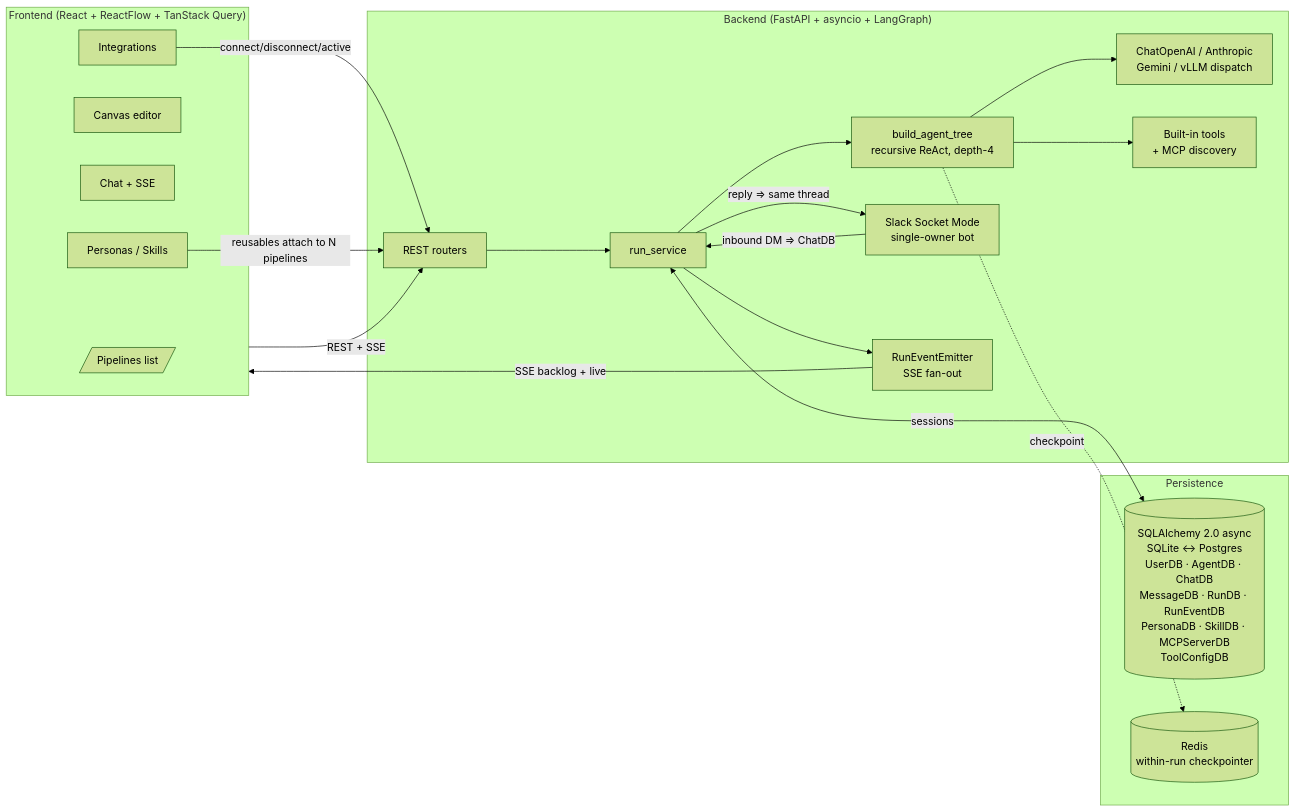
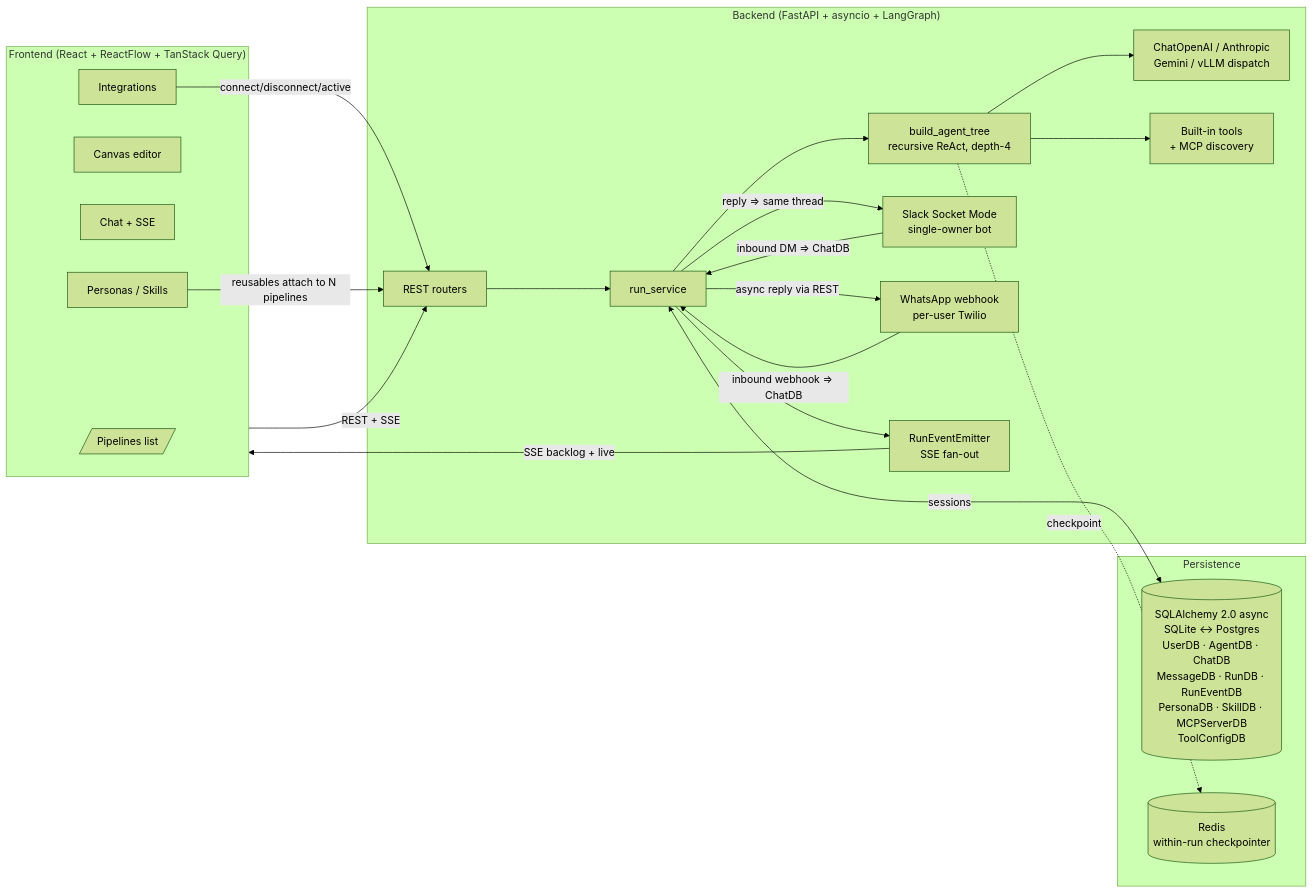
The first of 2 diagrams in README.md (deshwalmahesh/open-agent-orchestrator), drawn with Mermaid (forest theme) before and after one commit. The commit also changed other lines of this file and 14 other files, not shown here.

First line of the commit message:
whatsapp: per-user Twilio integration (webhook-based, multi-user concurrent)

````diff
--- a/README.md
+++ b/README.md
@@ -100,36 +102,39 @@
 ```mermaid
 flowchart LR
   subgraph FE["Frontend (React + ReactFlow + TanStack Query)"]
     PG[/Pipelines list/]
     CV[Canvas editor]
     CH[Chat + SSE]
     IN[Integrations]
     PS[Personas / Skills]
   end
 
   subgraph BE["Backend (FastAPI + asyncio + LangGraph)"]
     API[REST routers]
     RS[run_service]
     BA[build_agent_tree<br/>recursive ReAct, depth-4]
     LL[ChatOpenAI / Anthropic<br/>Gemini / vLLM dispatch]
     TR[Built-in tools<br/>+ MCP discovery]
     SL[Slack Socket Mode<br/>single-owner bot]
+    WA[WhatsApp webhook<br/>per-user Twilio]
     EM[RunEventEmitter<br/>SSE fan-out]
   end
 
   subgraph DATA["Persistence"]
     DB[("SQLAlchemy 2.0 async<br/>SQLite ↔ Postgres<br/>UserDB · AgentDB · ChatDB<br/>MessageDB · RunDB · RunEventDB<br/>PersonaDB · SkillDB · MCPServerDB<br/>ToolConfigDB")]
     RD[(Redis<br/>within-run checkpointer)]
   end
 
   FE -->|REST + SSE| API
   API --> RS --> BA --> LL
   BA --> TR
   RS <-->|sessions| DB
   RS --> EM -->|SSE backlog + live| FE
   SL -->|inbound DM ⇒ ChatDB| RS
   RS -->|reply ⇒ same thread| SL
+  WA -->|inbound webhook ⇒ ChatDB| RS
+  RS -->|async reply via REST| WA
   BA -.checkpoint.-> RD
   IN -->|connect/disconnect/active| API
   PS -->|reusables attach to N pipelines| API
 ```
````
